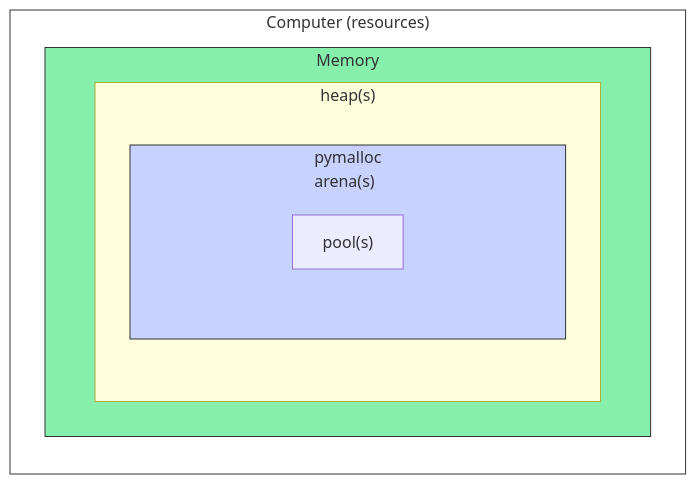
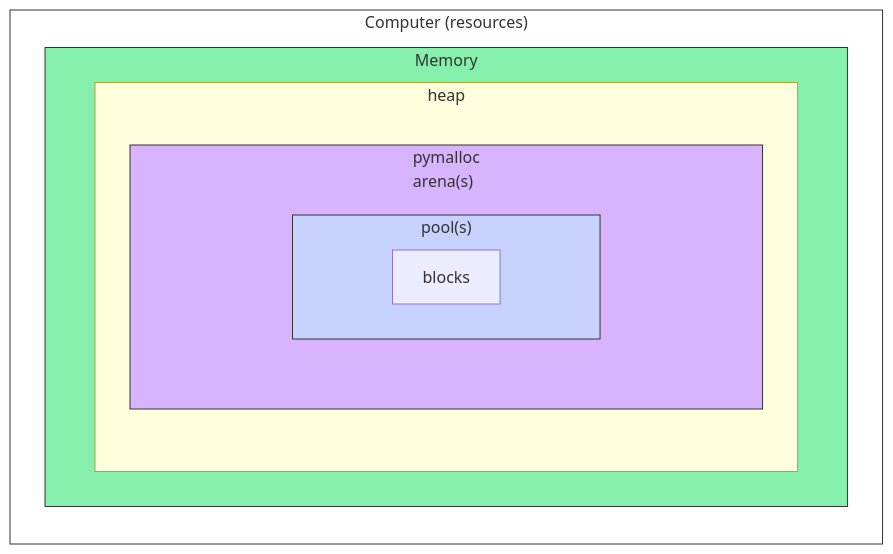
One commit to CU-DBMI/demo-python-memory-reference-accounting changed the ninth of 11 diagrams in README.md. Above: the diagram before and after it, drawn with Mermaid. The commit also changed other lines of this file, not shown here.

````diff
--- a/README.md
+++ b/README.md
@@ -302,23 +311,26 @@
 ```mermaid
 flowchart LR
 
 subgraph computer ["Computer (resources)"]
 
 subgraph memory["Memory"]
-    subgraph heap1 ["heap(s)"]
+    subgraph heap1 ["heap"]
         direction TB
         subgraph arena ["pymalloc\narena(s)"]
           subgraph spacer [" "]
-          pools["pool(s)"]
+            subgraph pools["pool(s)"]
+              blocks["blocks"]
+            end
           end
         end
     end
 end
 
 end
 
 style computer fill:#fff,stroke:#333
 style memory fill:#86EFAC,stroke:#333
-style arena fill:#C7D2FE,stroke:#333
+style arena fill:#D8B4FE,stroke:#333
+style pools fill:#C7D2FE,stroke:#333
 style spacer fill:transparent,stroke:transparent;
 ```
````
